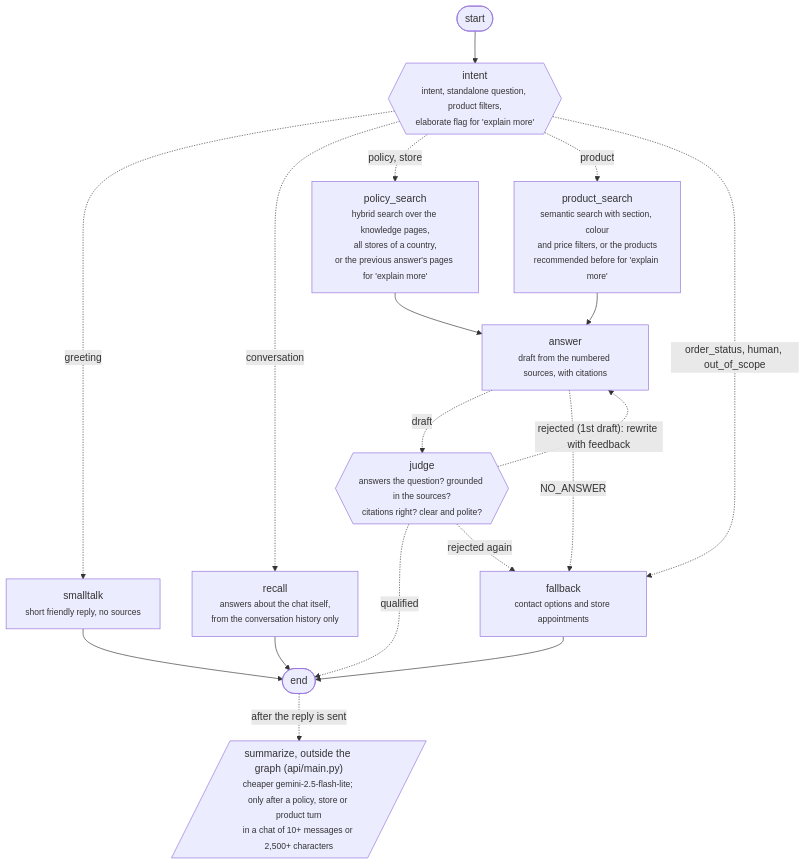
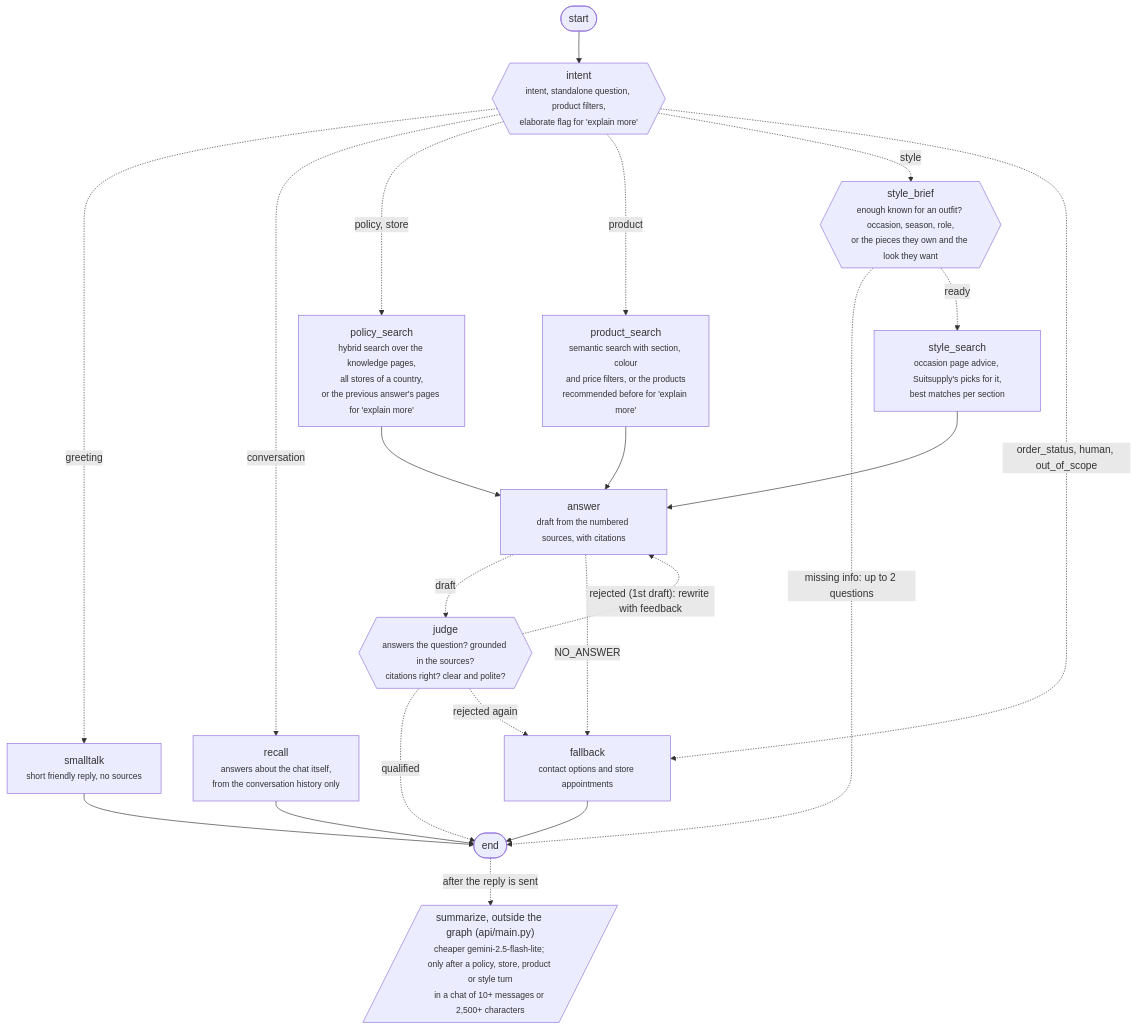
One commit to Sam-khanjani/ai-stylist-prototype changed the diagram in docs/diagrams/agent-graph.md. Above: the diagram before and after it, drawn with Mermaid. The commit also changed other lines of this file and 10 other files, not shown here.

Commit message:
feat. style advisor and upate ui flow

````diff
--- a/docs/diagrams/agent-graph.md
+++ b/docs/diagrams/agent-graph.md
@@ -8,32 +8,38 @@
 ```mermaid
 flowchart TD
     start([start]) --> intent
 
     intent{{"intent<br/><small>intent, standalone question, product filters,<br/>elaborate flag for 'explain more'</small>"}}
     intent -. greeting .-> smalltalk
     intent -. conversation .-> recall
     intent -. "policy, store" .-> policy_search
     intent -. product .-> product_search
+    intent -. style .-> style_brief
     intent -. "order_status, human, out_of_scope" .-> fallback
+
+    style_brief{{"style_brief<br/><small>enough known for an outfit? occasion, season, role,<br/>or the pieces they own and the look they want</small>"}}
+    style_brief -. "missing info: up to 2 questions" .-> finish
+    style_brief -. ready .-> style_search
+    style_search["style_search<br/><small>occasion page advice, Suitsupply's picks for it,<br/>best matches per section</small>"] --> answer
 
     policy_search["policy_search<br/><small>hybrid search over the knowledge pages,<br/>all stores of a country,<br/>or the previous answer's pages for 'explain more'</small>"] --> answer
     product_search["product_search<br/><small>semantic search with section, colour<br/>and price filters, or the products<br/>recommended before for 'explain more'</small>"] --> answer
 
     answer["answer<br/><small>draft from the numbered sources, with citations</small>"]
     answer -. draft .-> judge
     answer -. "NO_ANSWER" .-> fallback
 
     judge{{"judge<br/><small>answers the question? grounded in the sources?<br/>citations right? clear and polite?</small>"}}
     judge -. qualified .-> finish
     judge -. "rejected (1st draft): rewrite with feedback" .-> answer
     judge -. "rejected again" .-> fallback
 
     smalltalk["smalltalk<br/><small>short friendly reply, no sources</small>"] --> finish
     recall["recall<br/><small>answers about the chat itself,<br/>from the conversation history only</small>"] --> finish
     fallback["fallback<br/><small>contact options and store appointments</small>"] --> finish
 
     finish([end])
 
     finish -. "after the reply is sent" .-> summarize
-    summarize[/"summarize, outside the graph (api/main.py)<br/><small>cheaper gemini-2.5-flash-lite; only after a policy, store or product turn<br/>in a chat of 10+ messages or 2,500+ characters</small>"/]
+    summarize[/"summarize, outside the graph (api/main.py)<br/><small>cheaper gemini-2.5-flash-lite; only after a policy, store, product or style turn<br/>in a chat of 10+ messages or 2,500+ characters</small>"/]
 ```
````
